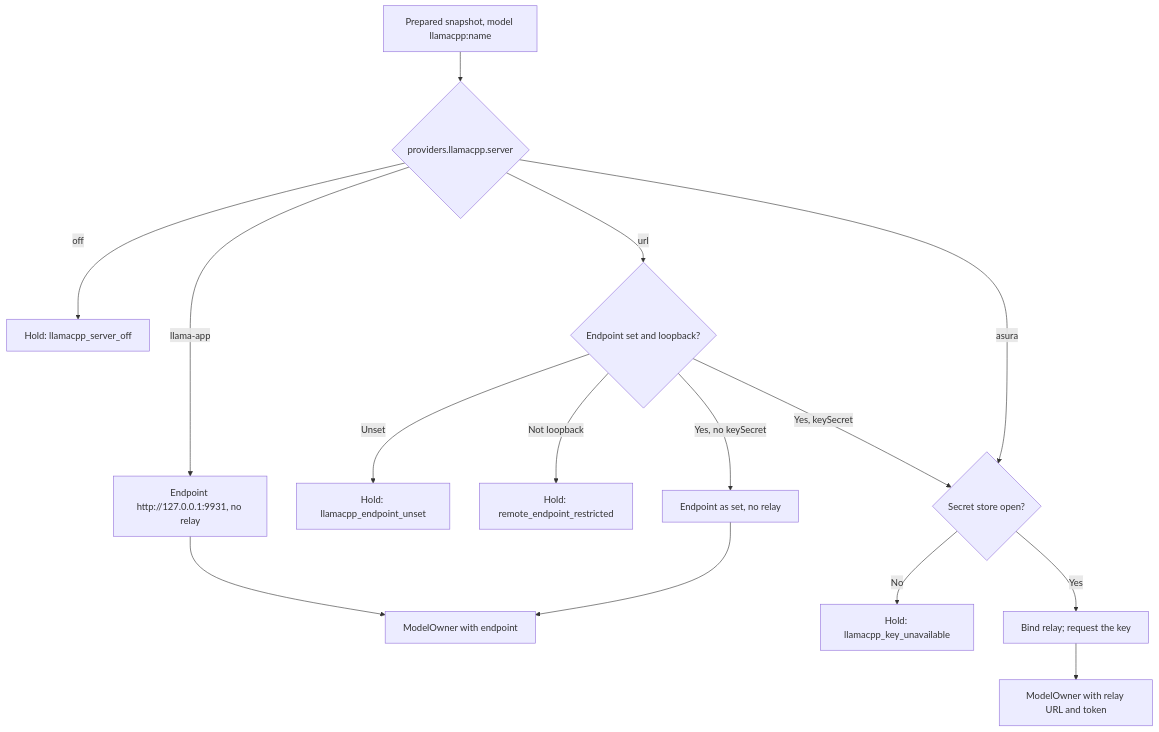
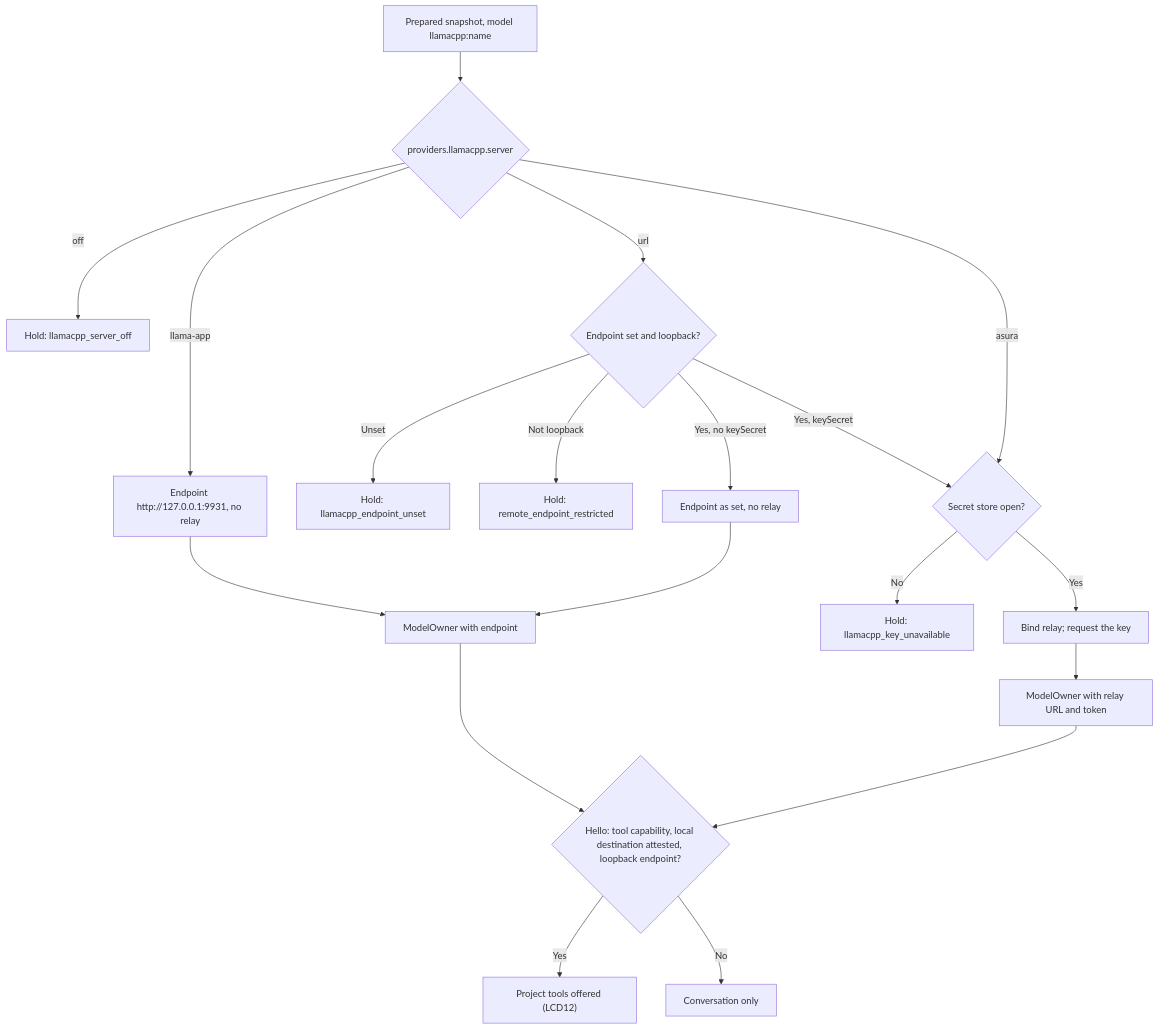
The seventh of 8 diagrams in docs/designs/llamacpp-backend.md (pidster/asura), drawn with Mermaid before and after one commit. The commit also changed other lines of this file and 2 other files, not shown here.

First line of the commit message:
Design llama.cpp tools on every server and closed CORS

````diff
--- a/docs/designs/llamacpp-backend.md
+++ b/docs/designs/llamacpp-backend.md
@@ -603,17 +674,21 @@
 ```mermaid
 flowchart TD
     Prep["Prepared snapshot, model llamacpp:name"] --> Mode{"providers.llamacpp.server"}
     Mode -->|off| H1["Hold: llamacpp_server_off"]
     Mode -->|llama-app| Direct["Endpoint http://127.0.0.1:9931, no relay"]
     Mode -->|url| Url{"Endpoint set and loopback?"}
     Url -->|"Unset"| H2["Hold: llamacpp_endpoint_unset"]
     Url -->|"Not loopback"| H3["Hold: remote_endpoint_restricted"]
     Url -->|"Yes, no keySecret"| Direct2["Endpoint as set, no relay"]
     Url -->|"Yes, keySecret"| Store{"Secret store open?"}
     Mode -->|asura| Store
     Store -->|No| H4["Hold: llamacpp_key_unavailable"]
     Store -->|Yes| Bind["Bind relay; request the key"]
     Bind --> Helper["ModelOwner with relay URL and token"]
     Direct --> Helper2["ModelOwner with endpoint"]
     Direct2 --> Helper2
+    Helper --> Tools{"Hello: tool capability, local destination attested, loopback endpoint?"}
+    Helper2 --> Tools
+    Tools -->|Yes| T1["Project tools offered (LCD12)"]
+    Tools -->|No| T2["Conversation only"]
 ```
````
